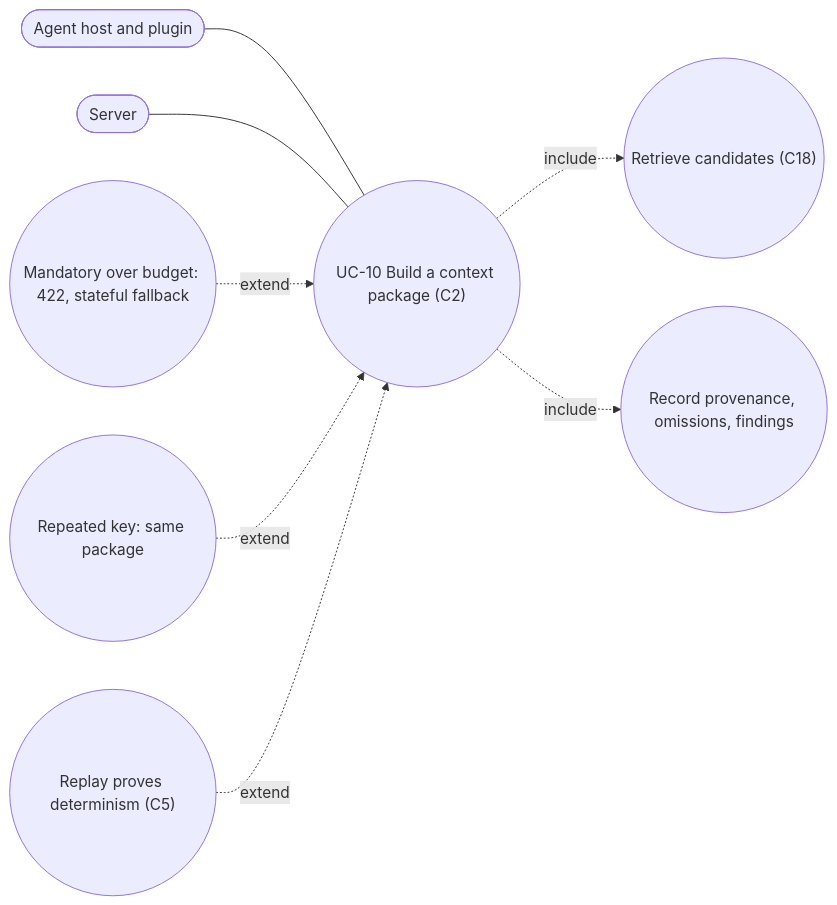
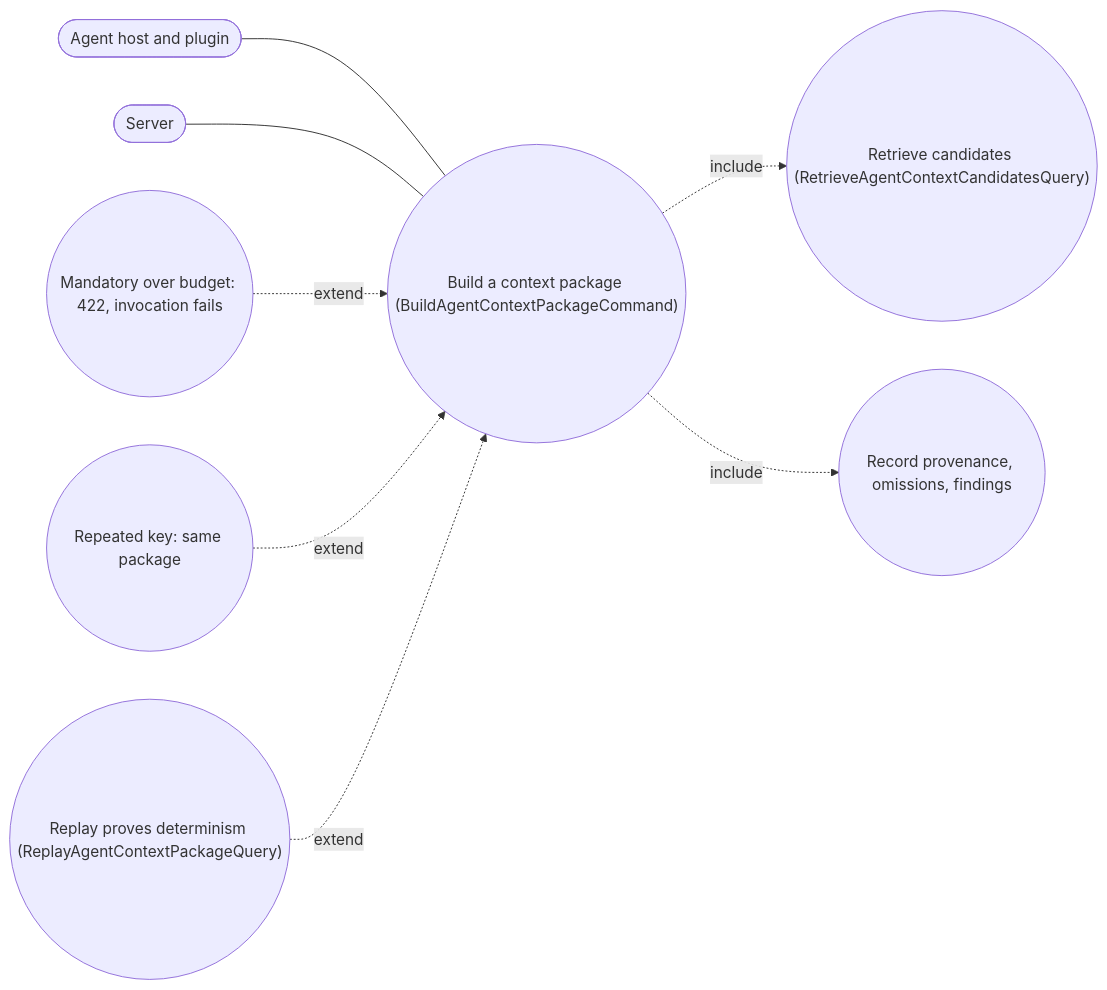
Diagram 50 of 59 in docs/Stateless-Agent-Context-Management.md (sharpninja/McpServer), drawn with Mermaid before and after one commit. The commit also changed other lines of this file, not shown here.

First line of the commit message:
docs: update stateless agent context for the PowerShell-only plugin core

````diff
--- a/docs/Stateless-Agent-Context-Management.md
+++ b/docs/Stateless-Agent-Context-Management.md
@@ -1432,10 +1656,10 @@
 ```mermaid
 flowchart LR
-    HO(["Agent host and plugin"]) --- U(("UC-10 Build a context package (C2)"))
+    HO(["Agent host and plugin"]) --- U(("Build a context package (BuildAgentContextPackageCommand)"))
     SV(["Server"]) --- U
-    U -. include .-> I1(("Retrieve candidates (C18)"))
+    U -. include .-> I1(("Retrieve candidates (RetrieveAgentContextCandidatesQuery)"))
     U -. include .-> I2(("Record provenance, omissions, findings"))
-    E1(("Mandatory over budget: 422, stateful fallback")) -. extend .-> U
+    E1(("Mandatory over budget: 422, invocation fails")) -. extend .-> U
     E2(("Repeated key: same package")) -. extend .-> U
-    E3(("Replay proves determinism (C5)")) -. extend .-> U
+    E3(("Replay proves determinism (ReplayAgentContextPackageQuery)")) -. extend .-> U
 ```
````
